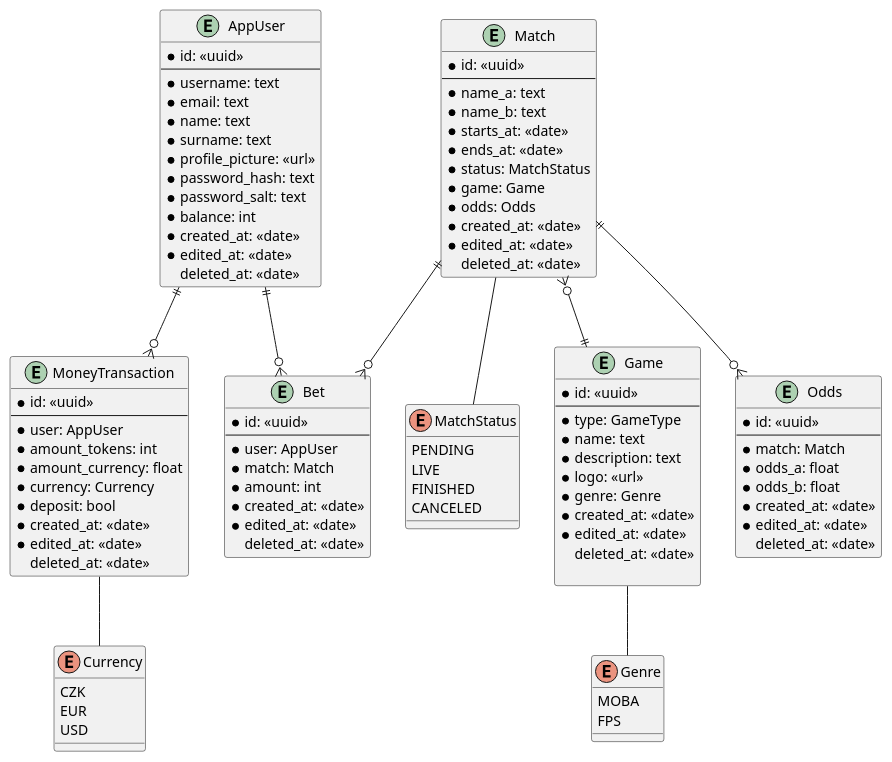
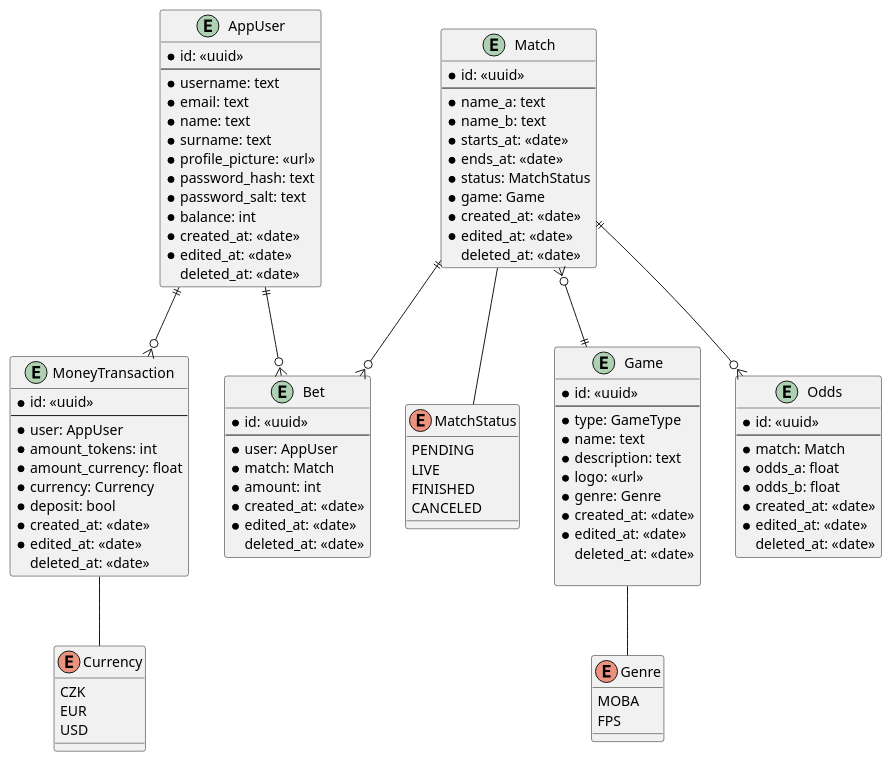
One commit to Average-Rust-Enjoyers/Starbet-Live changed the diagram in starbet.puml. Above: the diagram before and after it, drawn with PlantUML.

Commit message:
fix: Removed Odds from Match

```diff
--- a/starbet.puml
+++ b/starbet.puml
@@ -1,110 +1,109 @@
 @startuml starbet-live
 
 entity AppUser {
     * id: <<uuid>>
     ---
     * username: text
     * email: text
     * name: text
     * surname: text
     * profile_picture: <<url>>
     * password_hash: text
     * password_salt: text
     * balance: int
     * created_at: <<date>>
     * edited_at: <<date>>
     deleted_at: <<date>>
 }
 
 entity Match {
     * id: <<uuid>>
     ---
     * name_a: text
     * name_b: text
     * starts_at: <<date>>
     * ends_at: <<date>>
     * status: MatchStatus
     * game: Game
-    * odds: Odds
     * created_at: <<date>>
     * edited_at: <<date>>
     deleted_at: <<date>>
 }
 
 enum MatchStatus {
     PENDING
     LIVE
     FINISHED
     CANCELED
 }
 
 entity Game {
     * id: <<uuid>>
     ---
     * type: GameType
     * name: text
     * description: text
     * logo: <<url>>
     * genre: Genre
     * created_at: <<date>>
     * edited_at: <<date>>
     deleted_at: <<date>>
 
 }
 
 entity Bet {
     * id: <<uuid>>
     ---
     * user: AppUser
     * match: Match
     * amount: int
     * created_at: <<date>>
     * edited_at: <<date>>
     deleted_at: <<date>>
 }
 
 entity Odds {
     * id: <<uuid>>
     ---
     * match: Match
     * odds_a: float
     * odds_b: float
     * created_at: <<date>>
     * edited_at: <<date>>
     deleted_at: <<date>>
 }
 
 entity MoneyTransaction {
     * id: <<uuid>>
     ---
     * user: AppUser
     * amount_tokens: int
     * amount_currency: float
     * currency: Currency
     * deposit: bool
     * created_at: <<date>>
     * edited_at: <<date>>
     deleted_at: <<date>>
 }
 
 enum Currency {
     CZK
     EUR
     USD
 }
 
 enum Genre {
     MOBA
     FPS
 }
 
 Match }o--|| Game
 Match ||--o{ Bet
 Match ||--o{ Odds
 AppUser ||--o{ Bet
 AppUser ||--o{ MoneyTransaction
 Match -- MatchStatus
 Game -- Genre
 MoneyTransaction -- Currency
 
 @enduml
```
